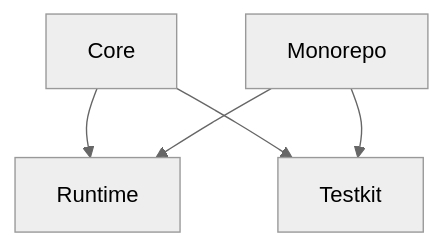
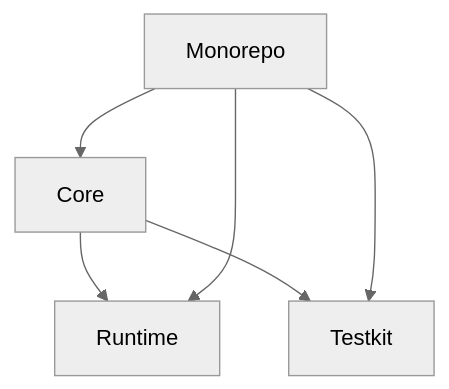
Before and after one commit to scalauser12/sbt-release-io: the first of 3 diagrams in docs/ARCHITECTURE.md, drawn with Mermaid (neutral theme). The commit also changed other lines of this file, not shown here.

````diff
--- a/docs/ARCHITECTURE.md
+++ b/docs/ARCHITECTURE.md
@@ -18,11 +18,12 @@
 ```mermaid
 flowchart TB
   testkit[Testkit]
   runtime[Runtime]
   core[Core]
   monorepo[Monorepo]
   core --> runtime
+  monorepo --> core
   monorepo --> runtime
   core --> testkit
   monorepo --> testkit
 ```
````
